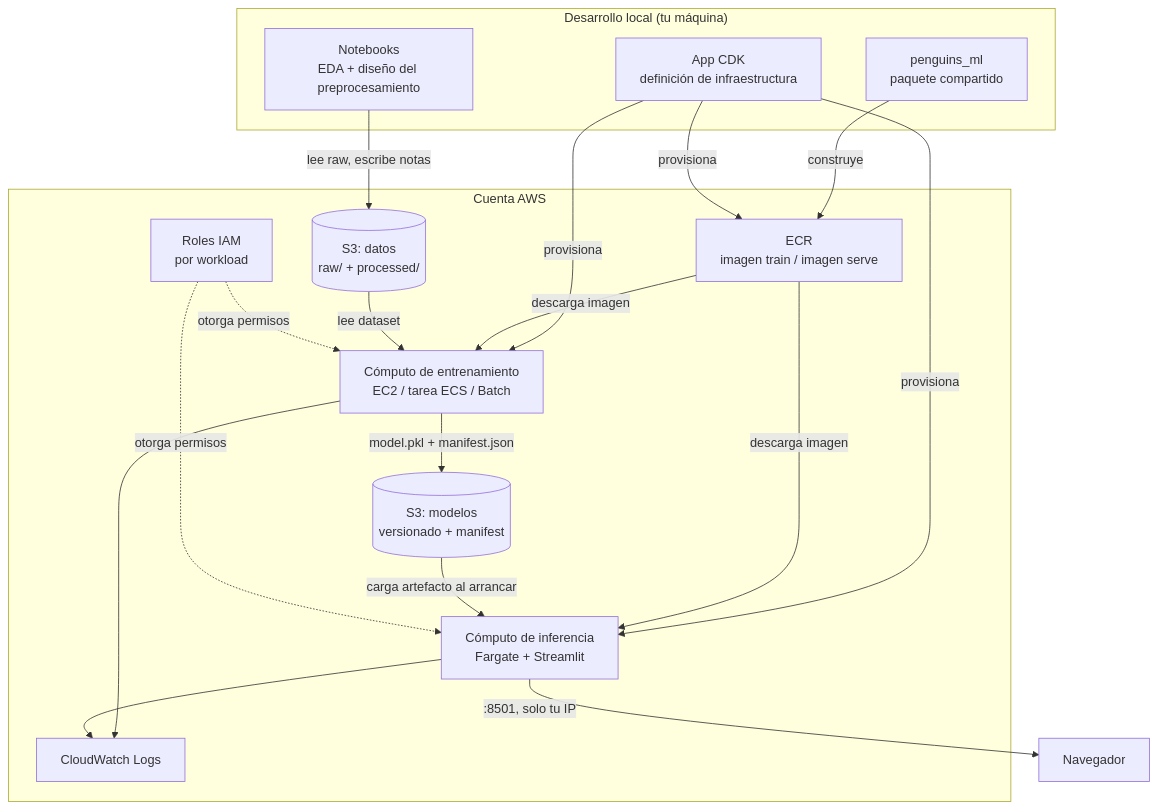
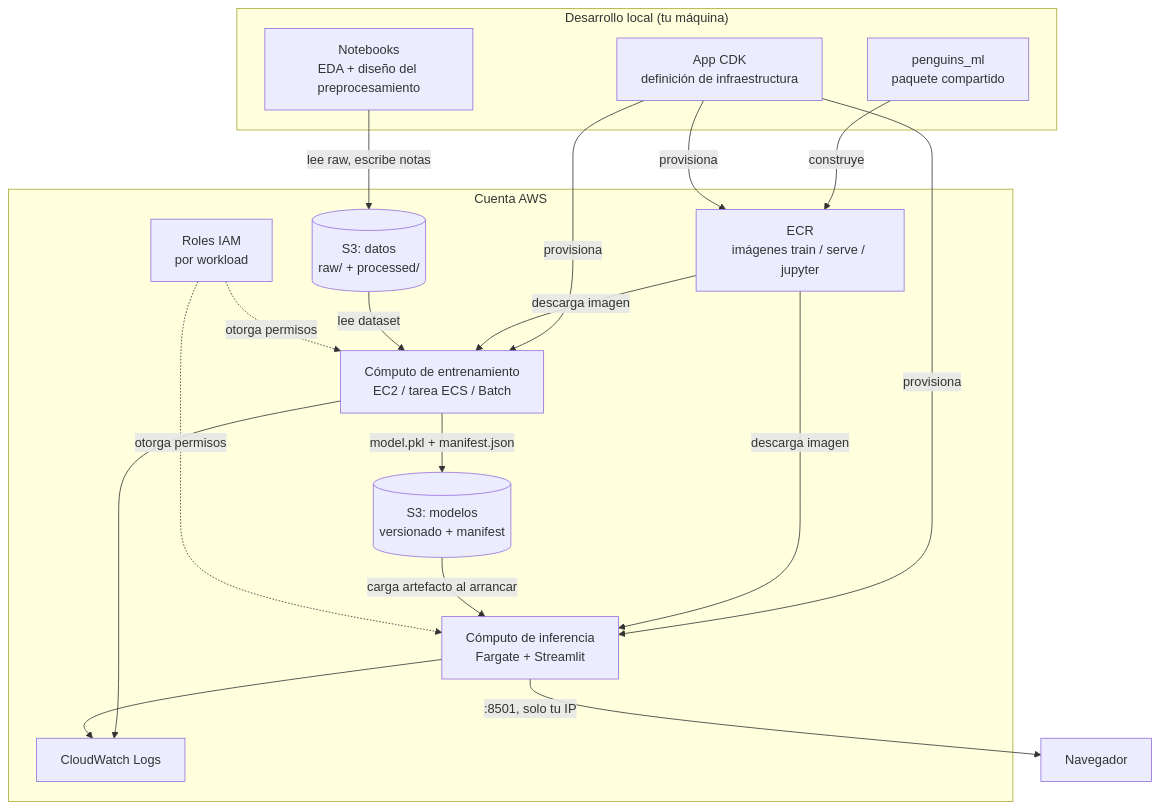
Before and after one commit to JairRamosG/Pinguinos-AWS: the first of 8 diagrams in docs/architecture.md, drawn with Mermaid. The commit also changed other lines of this file and 1 other file, not shown here.

````diff
--- a/docs/architecture.md
+++ b/docs/architecture.md
@@ -75,36 +75,36 @@
 ```mermaid
 flowchart TD
     subgraph Local["Desarrollo local (tu máquina)"]
         NB["Notebooks<br/>EDA + diseño del preprocesamiento"]
         Pkg["penguins_ml<br/>paquete compartido"]
         Cdk["App CDK<br/>definición de infraestructura"]
     end
 
     subgraph AWS["Cuenta AWS"]
         S3D[("S3: datos<br/>raw/ + processed/")]
         S3M[("S3: modelos<br/>versionado + manifest")]
-        ECR["ECR<br/>imagen train / imagen serve"]
+        ECR["ECR<br/>imágenes train / serve / jupyter"]
         TR["Cómputo de entrenamiento<br/>EC2 / tarea ECS / Batch"]
         INF["Cómputo de inferencia<br/>Fargate + Streamlit"]
         CW["CloudWatch Logs"]
         IAM["Roles IAM<br/>por workload"]
     end
 
     U["Navegador"]
 
     NB -->|"lee raw, escribe notas"| S3D
     Pkg -->|"construye"| ECR
     Cdk -->|"provisiona"| ECR
     Cdk -->|"provisiona"| TR
     Cdk -->|"provisiona"| INF
     ECR -->|"descarga imagen"| TR
     S3D -->|"lee dataset"| TR
     TR -->|"model.pkl + manifest.json"| S3M
     ECR -->|"descarga imagen"| INF
     S3M -->|"carga artefacto al arrancar"| INF
     INF -->|":8501, solo tu IP"| U
     TR --> CW
     INF --> CW
     IAM -.->|"otorga permisos"| TR
     IAM -.->|"otorga permisos"| INF
 ```
````
